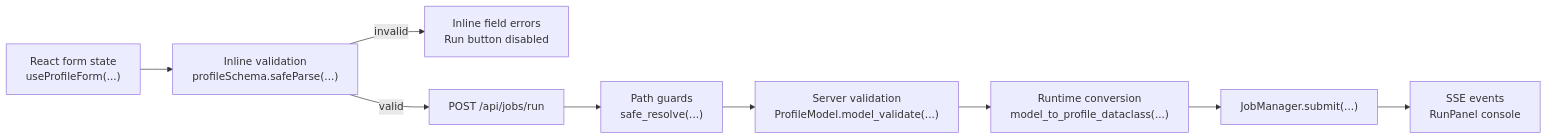
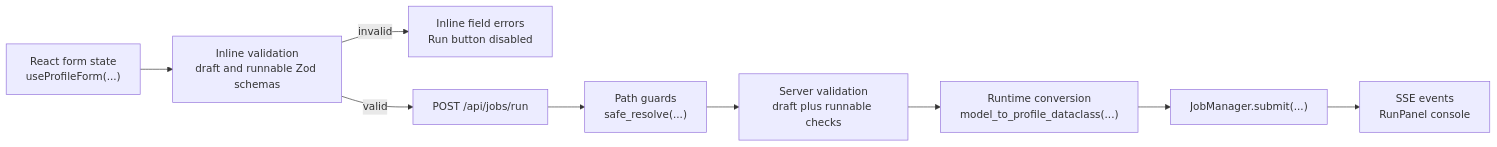
Before and after one commit to massimopiazza/webcalyzer: the second of 2 diagrams in docs/internal/architecture.md, drawn with Mermaid. The commit also changed other lines of this file and 49 other files, not shown here.

````diff
--- a/docs/internal/architecture.md
+++ b/docs/internal/architecture.md
@@ -100,16 +100,16 @@
 ```mermaid
 flowchart LR
   form["React form state<br/>useProfileForm(...)"]
-  zod["Inline validation<br/>profileSchema.safeParse(...)"]
+  zod["Inline validation<br/>draft and runnable Zod schemas"]
   inline["Inline field errors<br/>Run button disabled"]
   post["POST /api/jobs/run"]
   paths["Path guards<br/>safe_resolve(...)"]
-  pydantic["Server validation<br/>ProfileModel.model_validate(...)"]
+  pydantic["Server validation<br/>draft plus runnable checks"]
   dataclass["Runtime conversion<br/>model_to_profile_dataclass(...)"]
   job["JobManager.submit(...)"]
   events["SSE events<br/>RunPanel console"]
 
   form --> zod
   zod -->|invalid| inline
   zod -->|valid| post --> paths --> pydantic --> dataclass --> job --> events
 ```
````
